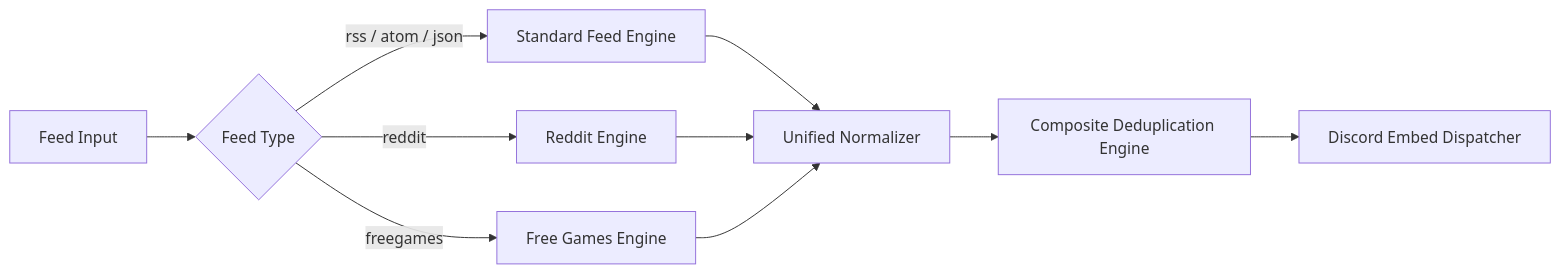
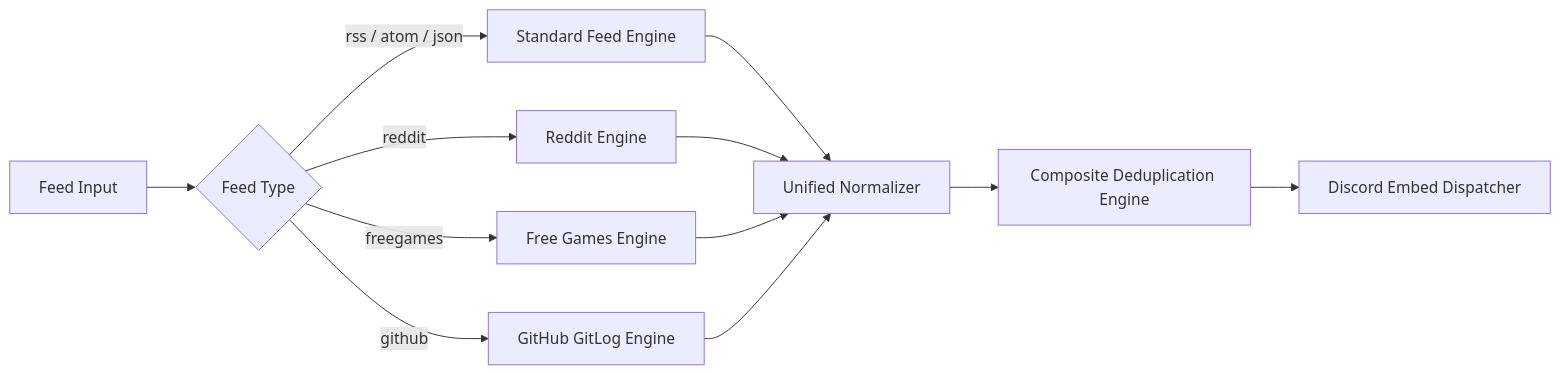
One commit to HELIX-Origin/HELIX-Discord-Bot changed the diagram in docs/Feeds-and-Scrapers.md. Above: the diagram before and after it, drawn with Mermaid. The commit also changed other lines of this file and 16 other files, not shown here.

Commit message:
feat(feeds): add GitHub repository feeds with GitLog embeds, zero API keys, and real-time webhook support

````diff
--- a/docs/Feeds-and-Scrapers.md
+++ b/docs/Feeds-and-Scrapers.md
@@ -14,13 +14,15 @@
 ```mermaid
 graph LR
     A[Feed Input] --> B{Feed Type}
     B -->|rss / atom / json| C[Standard Feed Engine]
     B -->|reddit| D[Reddit Engine]
     B -->|freegames| E[Free Games Engine]
+    B -->|github| F[GitHub GitLog Engine]
 
     C --> I[Unified Normalizer]
     D --> I
     E --> I
+    F --> I
     I --> J[Composite Deduplication Engine]
     J --> K[Discord Embed Dispatcher]
 ```
````
